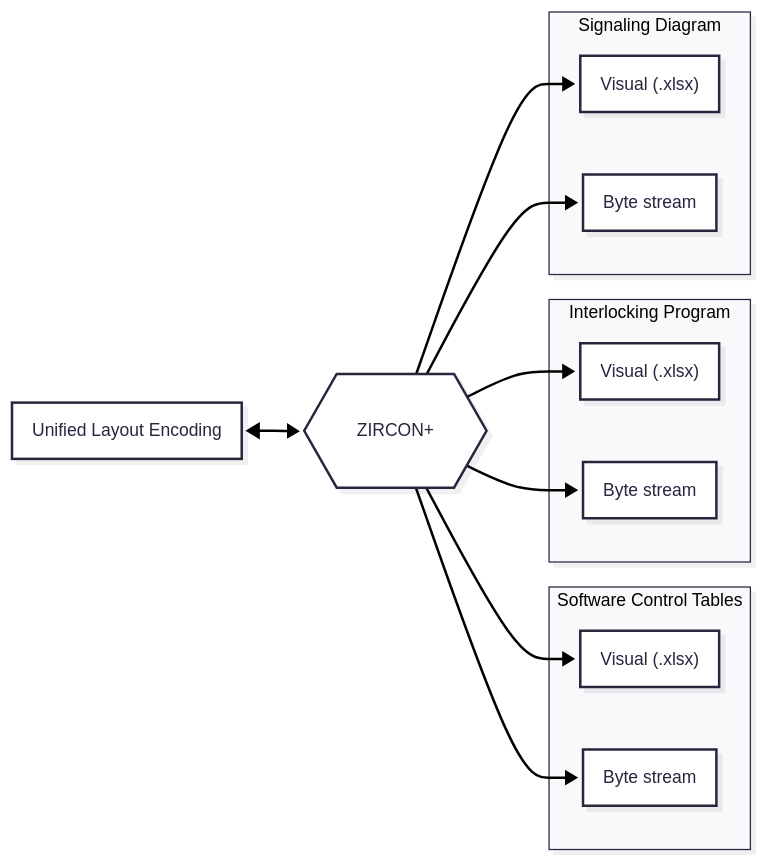
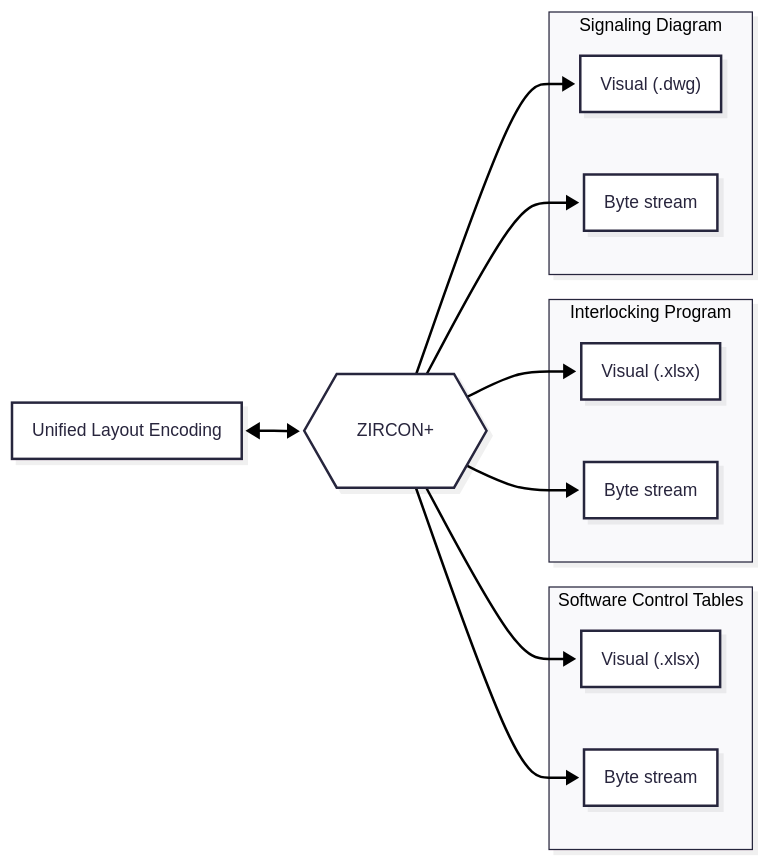
One commit to 7diogo-luis/ZIRCON changed the second of 2 diagrams in README.md. Above: the diagram before and after it, drawn with Mermaid.

````diff
--- a/README.md
+++ b/README.md
@@ -204,28 +204,28 @@
 ```mermaid
 ---
 config:
   look: neo
   theme: redux
 ---
 flowchart LR
  subgraph s2["Software Control Tables"]
         n12["Visual (.xlsx)"]
         n13@{ label: "<span style=\"color:\">Byte stream</span>" }
   end
  subgraph s3["Interlocking Program"]
         n14["Visual (.xlsx)"]
         n15@{ label: "<span style=\"color:\">Byte stream</span>" }
   end
  subgraph s4["Signaling Diagram"]
-        n16["Visual (.xlsx)"]
+        n16["Visual (.dwg)"]
         n17@{ label: "<span style=\"color:\">Byte stream</span>" }
   end
     n1["ZIRCON+"] --> n12 & n13 & n15 & n14 & n16 & n17
     n11["Unified Layout Encoding"] <--> n1
     n13@{ shape: rect}
     n15@{ shape: rect}
     n16@{ shape: rect}
     n17@{ shape: rect}
     n1@{ shape: hex}
 
 ```
````
